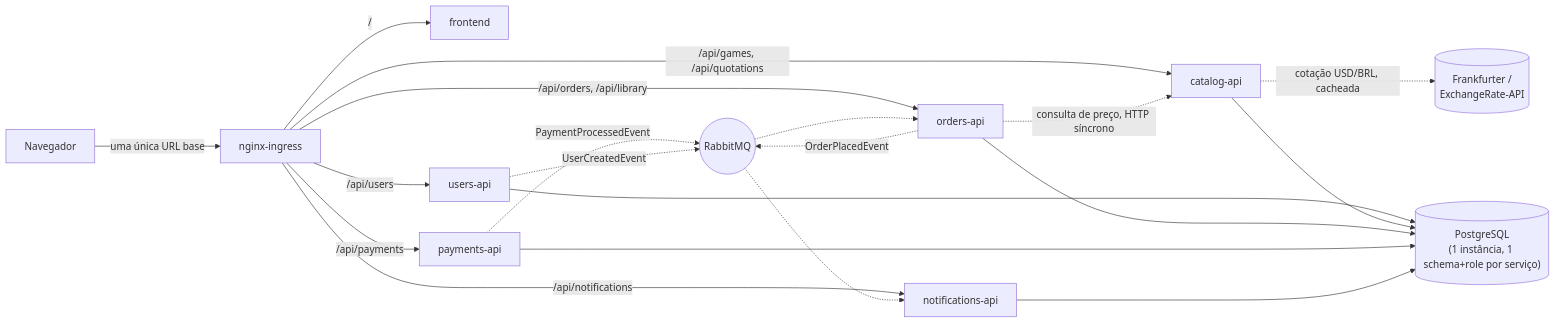
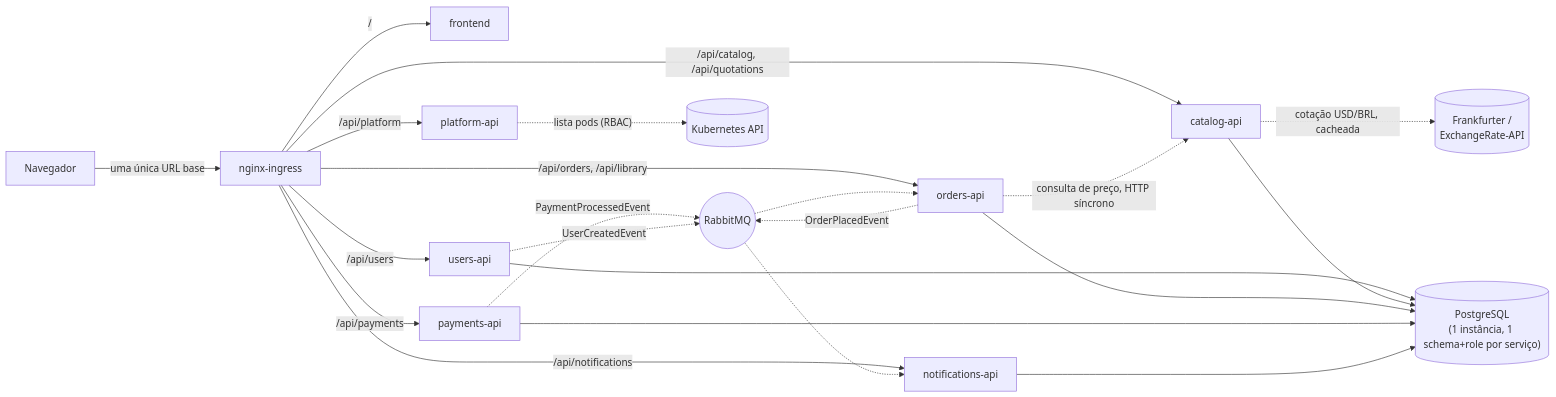
Before and after one commit to tc2-fiap/documentation: the diagram in diagrams/service-topology.md, drawn with Mermaid. The commit also changed 11 other files, not shown here.

First line of the commit message:
Document platform-api as the sixth backend service, fix stale /api/games references

````diff
--- a/diagrams/service-topology.md
+++ b/diagrams/service-topology.md
@@ -5,24 +5,26 @@
 ```mermaid
 flowchart LR
     Browser["Navegador"] -->|"uma única URL base"| Ingress["nginx-ingress"]
     Ingress -->|"/"| Frontend["frontend"]
     Ingress -->|"/api/users"| Users["users-api"]
-    Ingress -->|"/api/games, /api/quotations"| Catalog["catalog-api"]
+    Ingress -->|"/api/catalog, /api/quotations"| Catalog["catalog-api"]
     Ingress -->|"/api/orders, /api/library"| Orders["orders-api"]
     Ingress -->|"/api/payments"| Payments["payments-api"]
     Ingress -->|"/api/notifications"| Notifications["notifications-api"]
+    Ingress -->|"/api/platform"| Platform["platform-api"]
 
     Orders -.->|consulta de preço, HTTP síncrono| Catalog
     Catalog -.->|"cotação USD/BRL, cacheada"| Frankfurter[("Frankfurter /\nExchangeRate-API")]
     Orders -.->|"OrderPlacedEvent"| RabbitMQ(("RabbitMQ"))
     Payments -.->|"PaymentProcessedEvent"| RabbitMQ
     RabbitMQ -.-> Orders
     RabbitMQ -.-> Notifications
     Users -.->|"UserCreatedEvent"| RabbitMQ
+    Platform -.->|"lista pods (RBAC)"| K8sAPI[("Kubernetes API")]
 
     Users --> Postgres[("PostgreSQL\n(1 instância, 1 schema+role por serviço)")]
     Catalog --> Postgres
     Orders --> Postgres
     Payments --> Postgres
     Notifications --> Postgres
 ```
````
